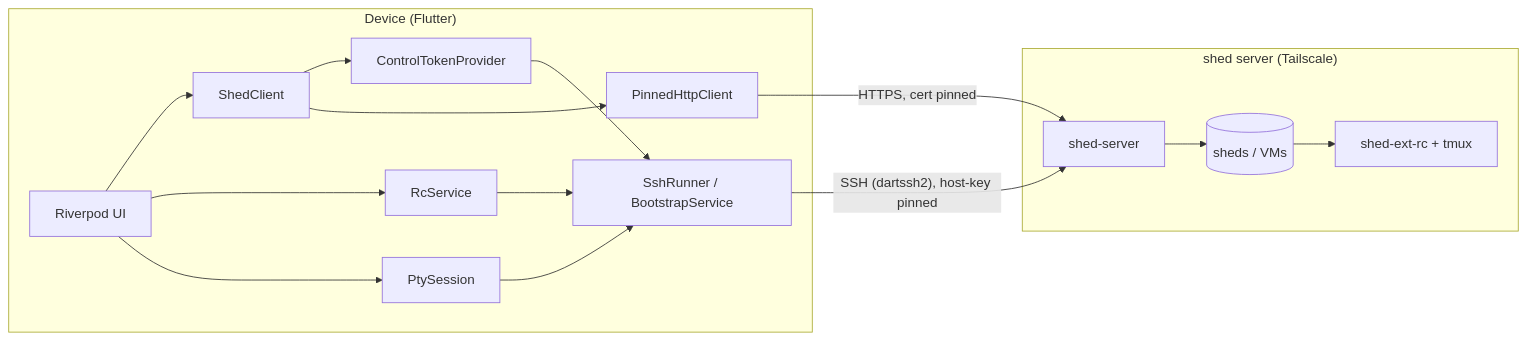
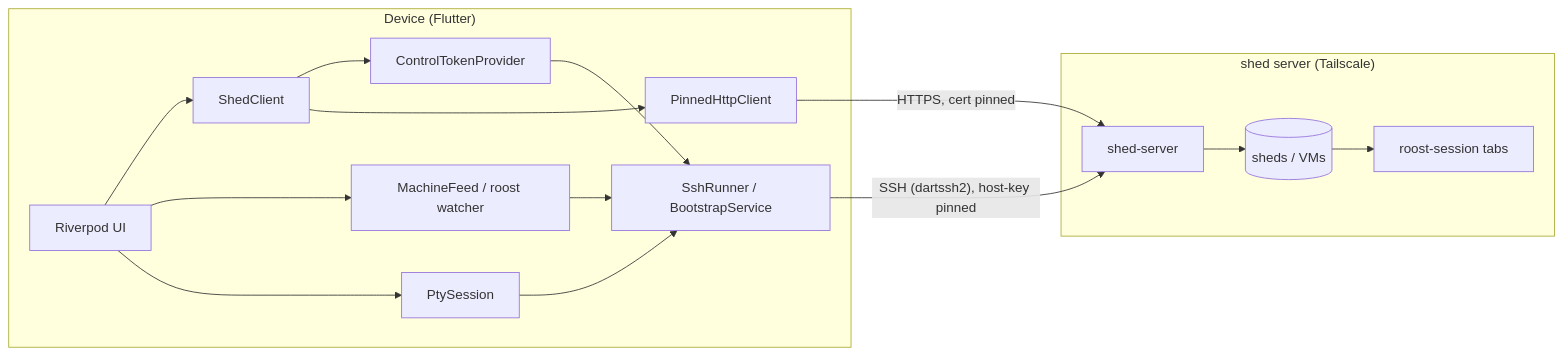
One commit to charliek/shed-mobile changed the diagram in docs/index.md. Above: the diagram before and after it, drawn with Mermaid. The commit also changed other lines of this file and 58 other files, not shown here.

````diff
--- a/docs/index.md
+++ b/docs/index.md
@@ -25,19 +25,19 @@
 ```mermaid
 graph LR
     subgraph "Device (Flutter)"
         UI[Riverpod UI] --> SHED[ShedClient]
-        UI --> RC[RcService]
+        UI --> RC[MachineFeed / roost watcher]
         UI --> PTY[PtySession]
         SHED --> TOK[ControlTokenProvider]
         TOK --> SSH[SshRunner / BootstrapService]
         RC --> SSH
         PTY --> SSH
         SHED --> TLS[PinnedHttpClient]
     end
     SSH -->|"SSH (dartssh2), host-key pinned"| SRV
     TLS -->|"HTTPS, cert pinned"| SRV
     subgraph "shed server (Tailscale)"
         SRV[shed-server] --> SHEDS[(sheds / VMs)]
-        SHEDS --> RCB[shed-ext-rc + tmux]
+        SHEDS --> RCB[roost-session tabs]
     end
 ```
````
